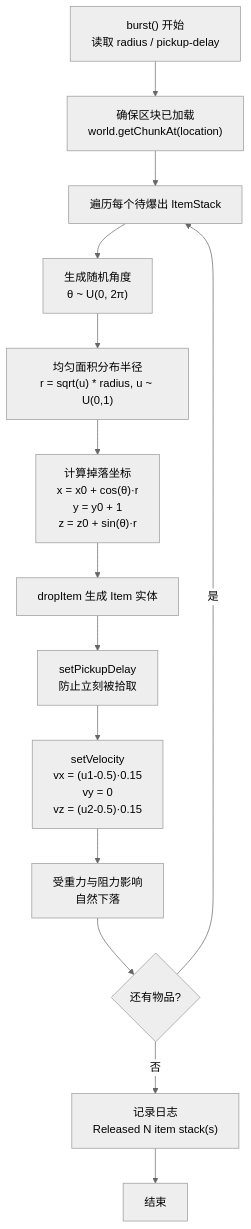
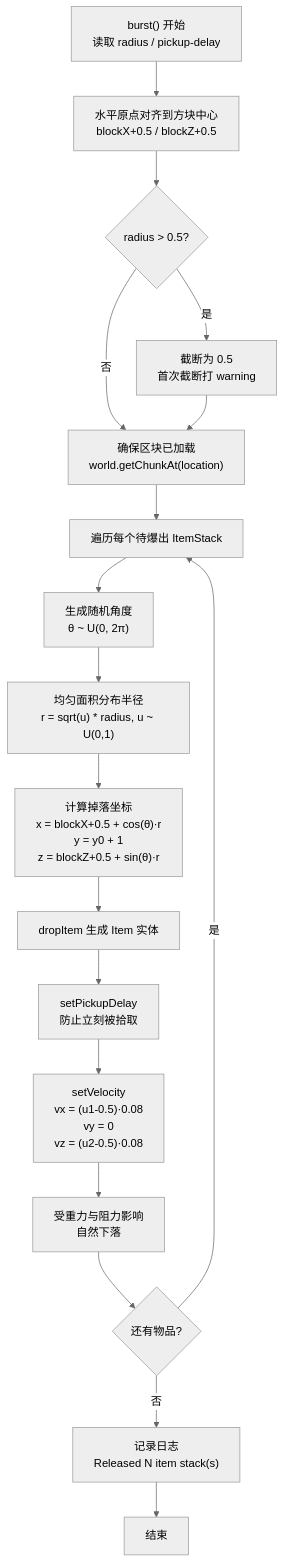
The third of 3 diagrams in docs/plugin-diagram.md (Distroub/EndVoidRescue), drawn with Mermaid (neutral theme) before and after one commit. The commit also changed other lines of this file and 5 other files, not shown here.

````diff
--- a/docs/plugin-diagram.md
+++ b/docs/plugin-diagram.md
@@ -72,16 +72,20 @@
 ```mermaid
 flowchart TD
-    A["burst() 开始<br/>读取 radius / pickup-delay"] --> B["确保区块已加载<br/>world.getChunkAt(location)"]
+    A["burst() 开始<br/>读取 radius / pickup-delay"] --> A2["水平原点对齐到方块中心<br/>blockX+0.5 / blockZ+0.5"]
+    A2 --> A3{"radius > 0.5?"}
+    A3 -- 是 --> A4["截断为 0.5<br/>首次截断打 warning"]
+    A3 -- 否 --> B
+    A4 --> B["确保区块已加载<br/>world.getChunkAt(location)"]
     B --> C["遍历每个待爆出 ItemStack"]
     C --> D["生成随机角度<br/>θ ~ U(0, 2π)"]
     D --> E["均匀面积分布半径<br/>r = sqrt(u) * radius, u ~ U(0,1)"]
-    E --> F["计算掉落坐标<br/>x = x0 + cos(θ)·r<br/>y = y0 + 1<br/>z = z0 + sin(θ)·r"]
+    E --> F["计算掉落坐标<br/>x = blockX+0.5 + cos(θ)·r<br/>y = y0 + 1<br/>z = blockZ+0.5 + sin(θ)·r"]
     F --> G["dropItem 生成 Item 实体"]
     G --> H["setPickupDelay<br/>防止立刻被拾取"]
-    H --> I["setVelocity<br/>vx = (u1-0.5)·0.15<br/>vy = 0<br/>vz = (u2-0.5)·0.15"]
+    H --> I["setVelocity<br/>vx = (u1-0.5)·0.08<br/>vy = 0<br/>vz = (u2-0.5)·0.08"]
     I --> J["受重力与阻力影响<br/>自然下落"]
     J --> K{"还有物品?"}
     K -- 是 --> C
     K -- 否 --> L["记录日志<br/>Released N item stack(s)"]
     L --> M["结束"]
 ```
````
